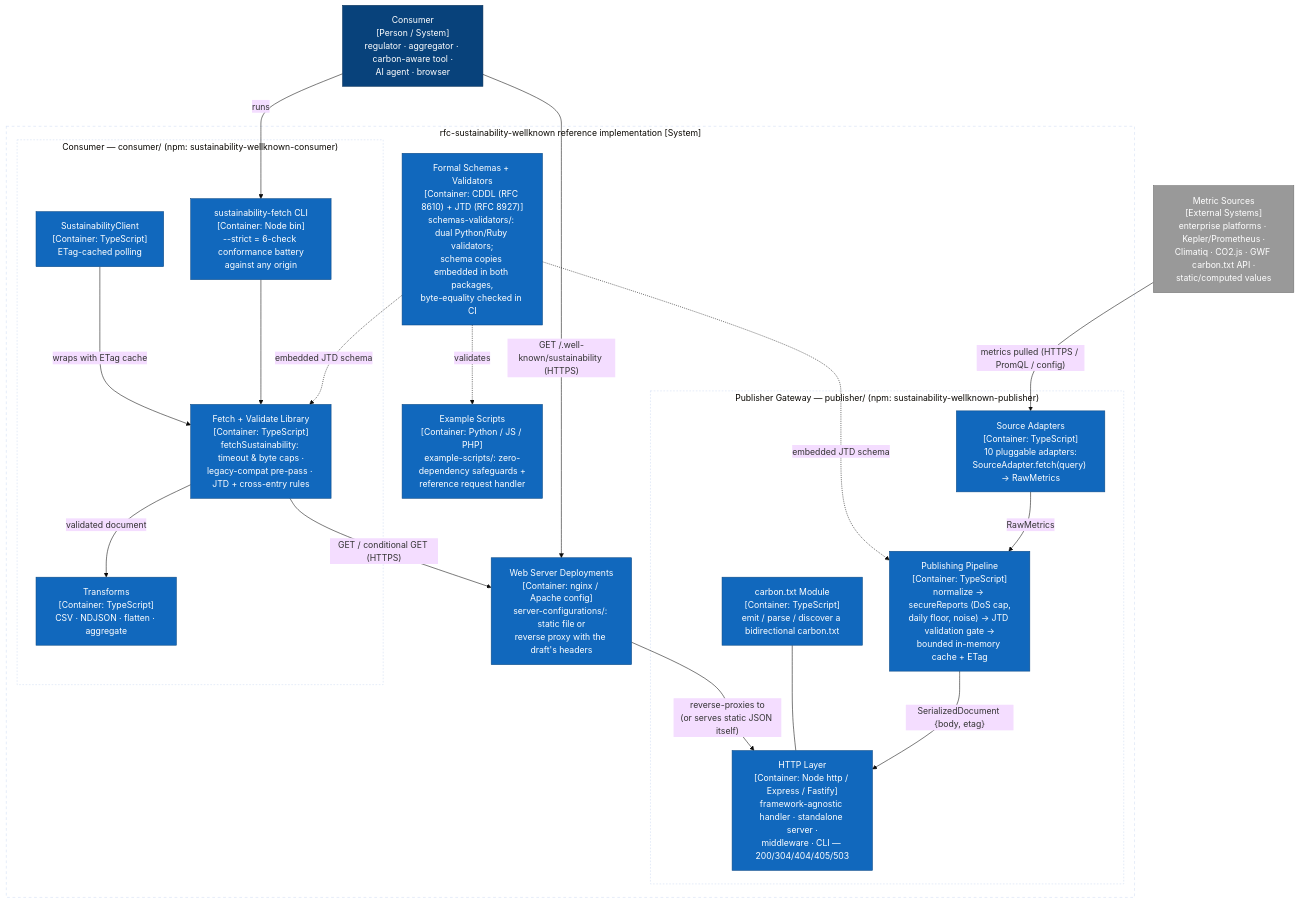
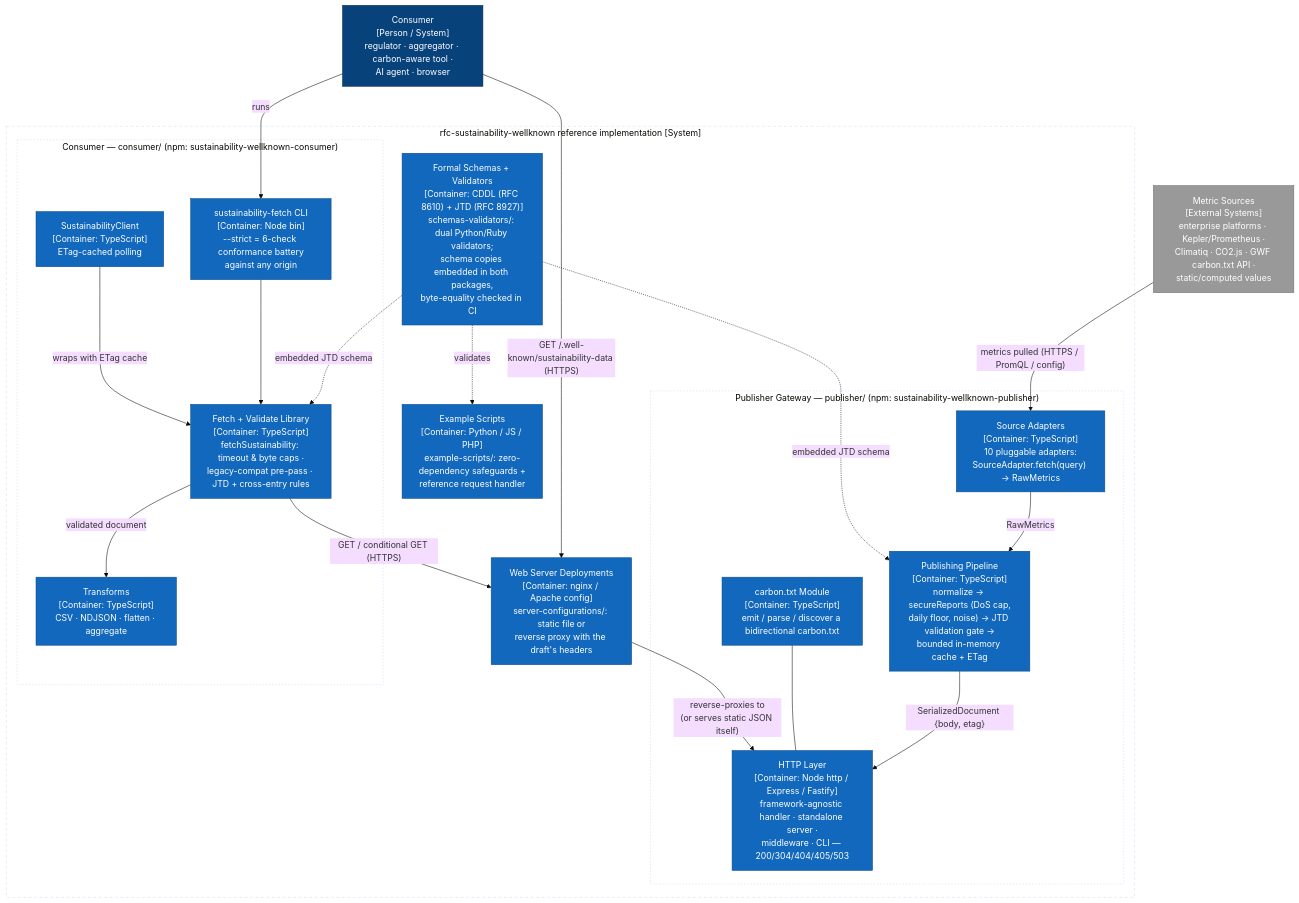
Before and after one commit to andreibesleaga/rfc-sustainability-wellknown: the second of 10 diagrams in architecture/README.md, drawn with Mermaid (base theme). The commit also changed other lines of this file and 117 other files, not shown here.

````diff
--- a/architecture/README.md
+++ b/architecture/README.md
@@ -157,51 +159,51 @@
 ```mermaid
 flowchart TB
     CLIENT["Consumer<br/>[Person / System]<br/>regulator · aggregator · carbon-aware tool ·<br/>AI agent · browser"]
     DS["Metric Sources<br/>[External Systems]<br/>enterprise platforms · Kepler/Prometheus ·<br/>Climatiq · CO2.js · GWF carbon.txt API ·<br/>static/computed values"]
 
     subgraph REPO["rfc-sustainability-wellknown reference implementation [System]"]
         subgraph PUBB["Publisher Gateway — publisher/ (npm: sustainability-wellknown-publisher)"]
             ADP["Source Adapters<br/>[Container: TypeScript]<br/>10 pluggable adapters:<br/>SourceAdapter.fetch(query) → RawMetrics"]
             PIPE["Publishing Pipeline<br/>[Container: TypeScript]<br/>normalize → secureReports (DoS cap,<br/>daily floor, noise) → JTD validation gate →<br/>bounded in-memory cache + ETag"]
             HTTPL["HTTP Layer<br/>[Container: Node http / Express / Fastify]<br/>framework-agnostic handler · standalone server ·<br/>middleware · CLI — 200/304/404/405/503"]
             CTM["carbon.txt Module<br/>[Container: TypeScript]<br/>emit / parse / discover a bidirectional carbon.txt"]
         end
 
         subgraph CONSB["Consumer — consumer/ (npm: sustainability-wellknown-consumer)"]
             FETCH["Fetch + Validate Library<br/>[Container: TypeScript]<br/>fetchSustainability: timeout & byte caps ·<br/>legacy-compat pre-pass · JTD + cross-entry rules"]
             SCLI["SustainabilityClient<br/>[Container: TypeScript]<br/>ETag-cached polling"]
             TR["Transforms<br/>[Container: TypeScript]<br/>CSV · NDJSON · flatten · aggregate"]
             FCLI["sustainability-fetch CLI<br/>[Container: Node bin]<br/>--strict = 6-check conformance battery<br/>against any origin"]
         end
 
         SCHEMAS["Formal Schemas + Validators<br/>[Container: CDDL (RFC 8610) + JTD (RFC 8927)]<br/>schemas-validators/: dual Python/Ruby validators;<br/>schema copies embedded in both packages,<br/>byte-equality checked in CI"]
         WEBC["Web Server Deployments<br/>[Container: nginx / Apache config]<br/>server-configurations/: static file or<br/>reverse proxy with the draft's headers"]
         EXS["Example Scripts<br/>[Container: Python / JS / PHP]<br/>example-scripts/: zero-dependency safeguards +<br/>reference request handler"]
     end
 
     DS -- "metrics pulled (HTTPS / PromQL / config)" --> ADP
     ADP -- "RawMetrics" --> PIPE
     PIPE -- "SerializedDocument {body, etag}" --> HTTPL
     CTM --- HTTPL
     SCHEMAS -. "embedded JTD schema" .-> PIPE
     SCHEMAS -. "embedded JTD schema" .-> FETCH
     SCHEMAS -. "validates" .-> EXS
     WEBC -- "reverse-proxies to<br/>(or serves static JSON itself)" --> HTTPL
 
-    CLIENT -- "GET /.well-known/sustainability (HTTPS)" --> WEBC
+    CLIENT -- "GET /.well-known/sustainability-data (HTTPS)" --> WEBC
     CLIENT -- "runs" --> FCLI
     FCLI --> FETCH
     SCLI -- "wraps with ETag cache" --> FETCH
     FETCH -- "validated document" --> TR
     FETCH -- "GET / conditional GET (HTTPS)" --> WEBC
 
     classDef person fill:#08427b,color:#fff,stroke:#052e56
     classDef cont fill:#1168bd,color:#fff,stroke:#0b4884
     classDef ext fill:#999999,color:#fff,stroke:#6b6b6b
     class CLIENT person
     class ADP,PIPE,HTTPL,CTM,FETCH,SCLI,TR,FCLI,SCHEMAS,WEBC,EXS cont
     class DS ext
     style REPO stroke-dasharray:5 5,fill:none
     style PUBB stroke-dasharray:3 3,fill:none
     style CONSB stroke-dasharray:3 3,fill:none
 ```
````
